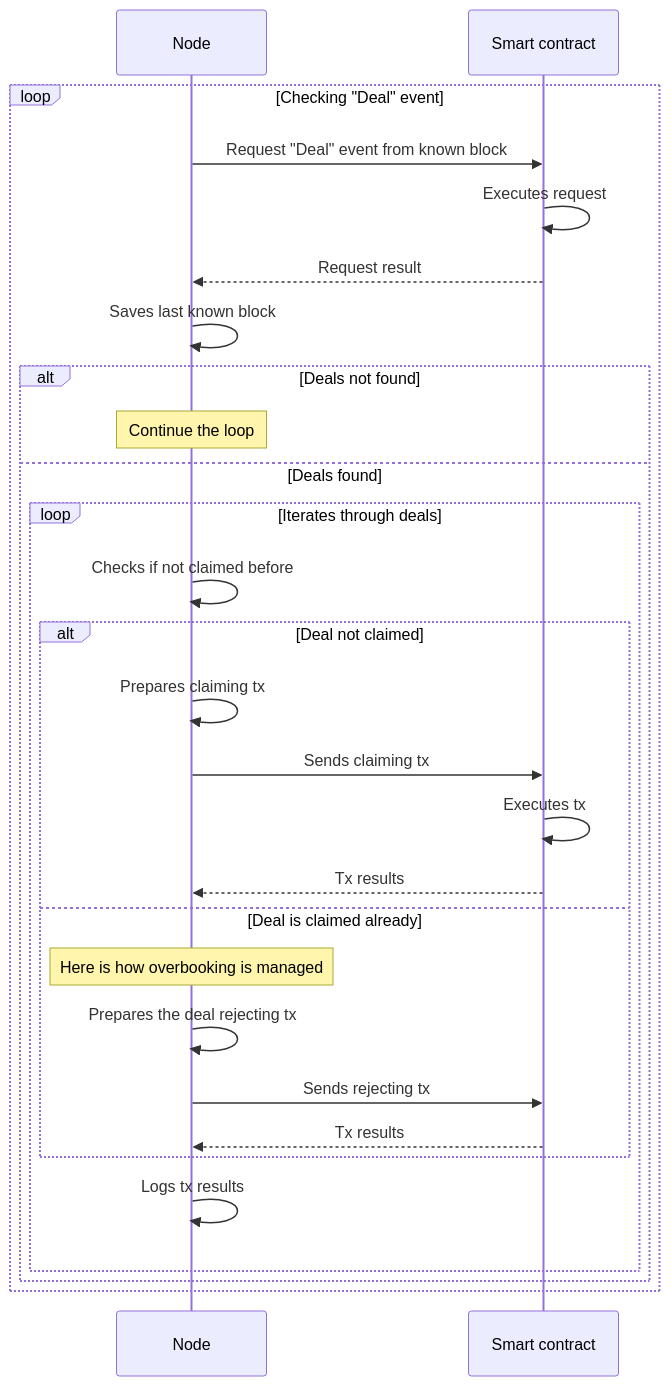
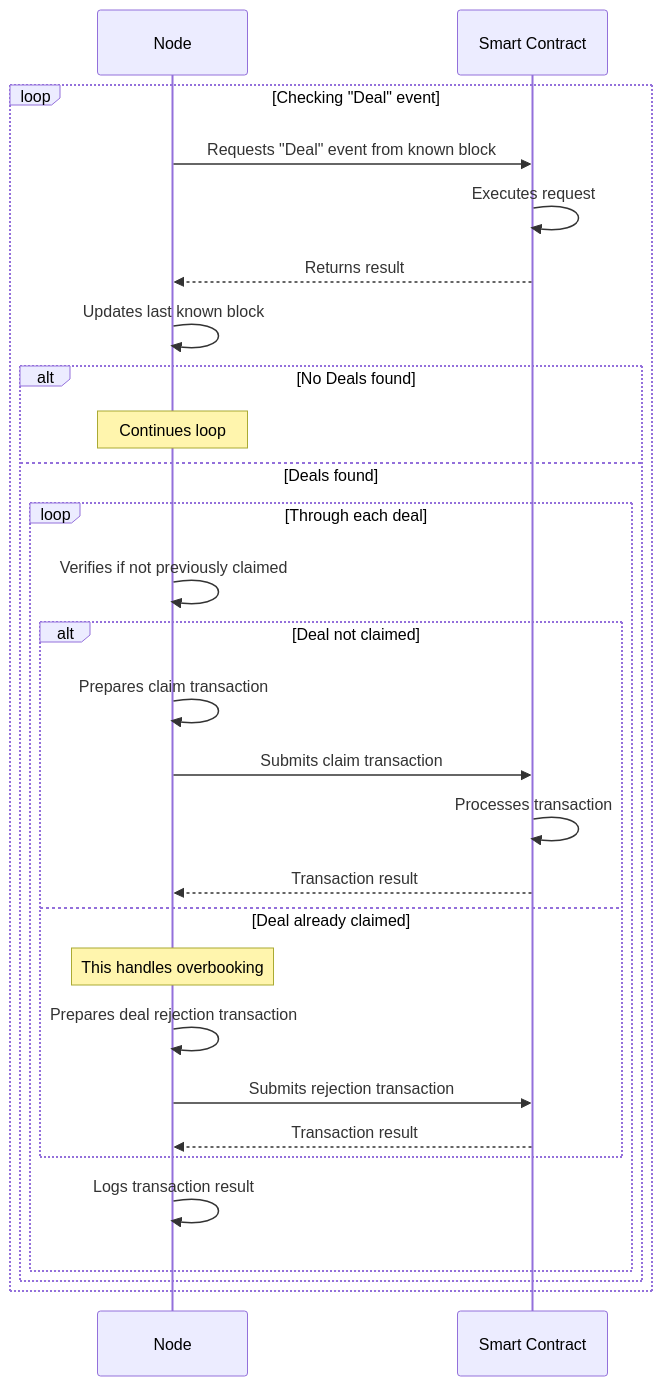
One commit to windingtree/mvp changed the tenth of 14 diagrams in docs/architecture.md. Above: the diagram before and after it, drawn with Mermaid. The commit also changed other lines of this file and 1 other file, not shown here.

Commit message:
docs: ✏️ Added the MVP architecture document

````diff
--- a/docs/architecture.md
+++ b/docs/architecture.md
@@ -382,32 +334,32 @@
 ```mermaid
 sequenceDiagram
   participant node as Node
-  participant contract as Smart contract
+  participant contract as Smart Contract
 
   loop Checking "Deal" event
-    node->>contract: Request "Deal" event from known block
+    node->>contract: Requests "Deal" event from known block
     contract->>contract: Executes request
-    contract-->>node: Request result
-    node->>node: Saves last known block
+    contract-->>node: Returns result
+    node->>node: Updates last known block
 
-    alt Deals not found
-      Note over node: Continue the loop
+    alt No Deals found
+      Note over node: Continues loop
     else Deals found
-      loop Iterates through deals
-        node->>node: Checks if not claimed before
+      loop Through each deal
+        node->>node: Verifies if not previously claimed
         alt Deal not claimed
-          node->>node: Prepares claiming tx
-          node->>contract: Sends claiming tx
-          contract->>contract: Executes tx
-          contract-->>node: Tx results
-        else Deal is claimed already
-          Note over node: Here is how overbooking is managed
-          node->>node: Prepares the deal rejecting tx
-          node->>contract: Sends rejecting tx
-          contract-->>node: Tx results
+          node->>node: Prepares claim transaction
+          node->>contract: Submits claim transaction
+          contract->>contract: Processes transaction
+          contract-->>node: Transaction result
+        else Deal already claimed
+          Note over node: This handles overbooking
+          node->>node: Prepares deal rejection transaction
+          node->>contract: Submits rejection transaction
+          contract-->>node: Transaction result
         end
-        node->>node: Logs tx results
+        node->>node: Logs transaction result
       end
     end
   end
 ```
````
